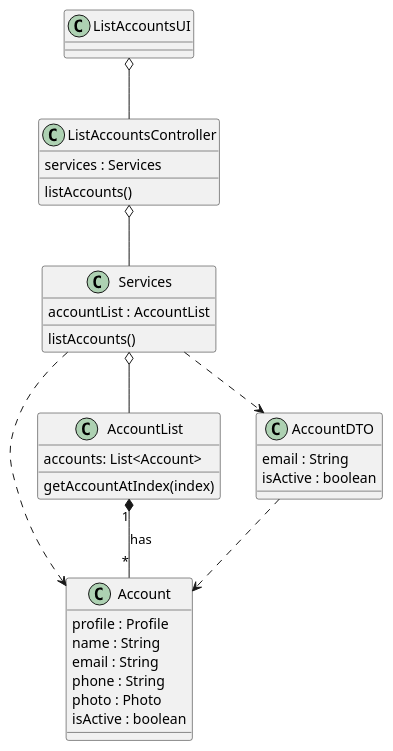
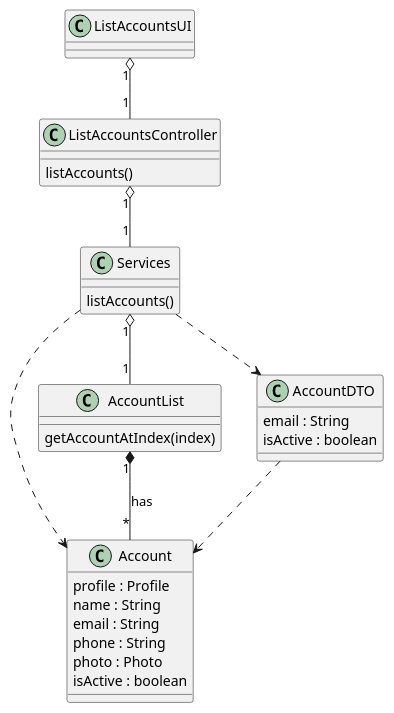
The diagram in docs/modelling_design/user_stories/us004/US004_ListAllAccountsAndStatusCD.puml (ivo-menezes/project_g3), drawn with PlantUML before and after one commit. The commit also changed 1 other file, not shown here.

Commit message:
US003-US004: Design: Updated Class Diagrams

```diff
--- a/docs/modelling_design/user_stories/us004/US004_ListAllAccountsAndStatusCD.puml
+++ b/docs/modelling_design/user_stories/us004/US004_ListAllAccountsAndStatusCD.puml
@@ -1,42 +1,42 @@
 @startuml
 
 class ListAccountsUI {}
 
 class ListAccountsController{
-services : Services
+'services : Services
 listAccounts()
 }
 
 class Services {
-accountList : AccountList
+'accountList : AccountList
 listAccounts()
 }
 
 class Account {
 profile : Profile
 name : String
 email : String
 phone : String
 photo : Photo
 isActive : boolean
 }
 
 class AccountList {
-accounts: List<Account>
+'accounts: List<Account>
 getAccountAtIndex(index)
 }
 
 class AccountDTO {
 email : String
 isActive : boolean
 }
 
 AccountList "1" *-- "*" Account : has
 Services ..> Account
-Services o-- AccountList
-ListAccountsController o-- Services
-ListAccountsUI o-- ListAccountsController
+Services "1" o-- "1" AccountList
+ListAccountsController "1" o-- "1" Services
+ListAccountsUI "1" o-- "1" ListAccountsController
 Services ..> AccountDTO
 AccountDTO ..> Account
 
 @enduml
```
